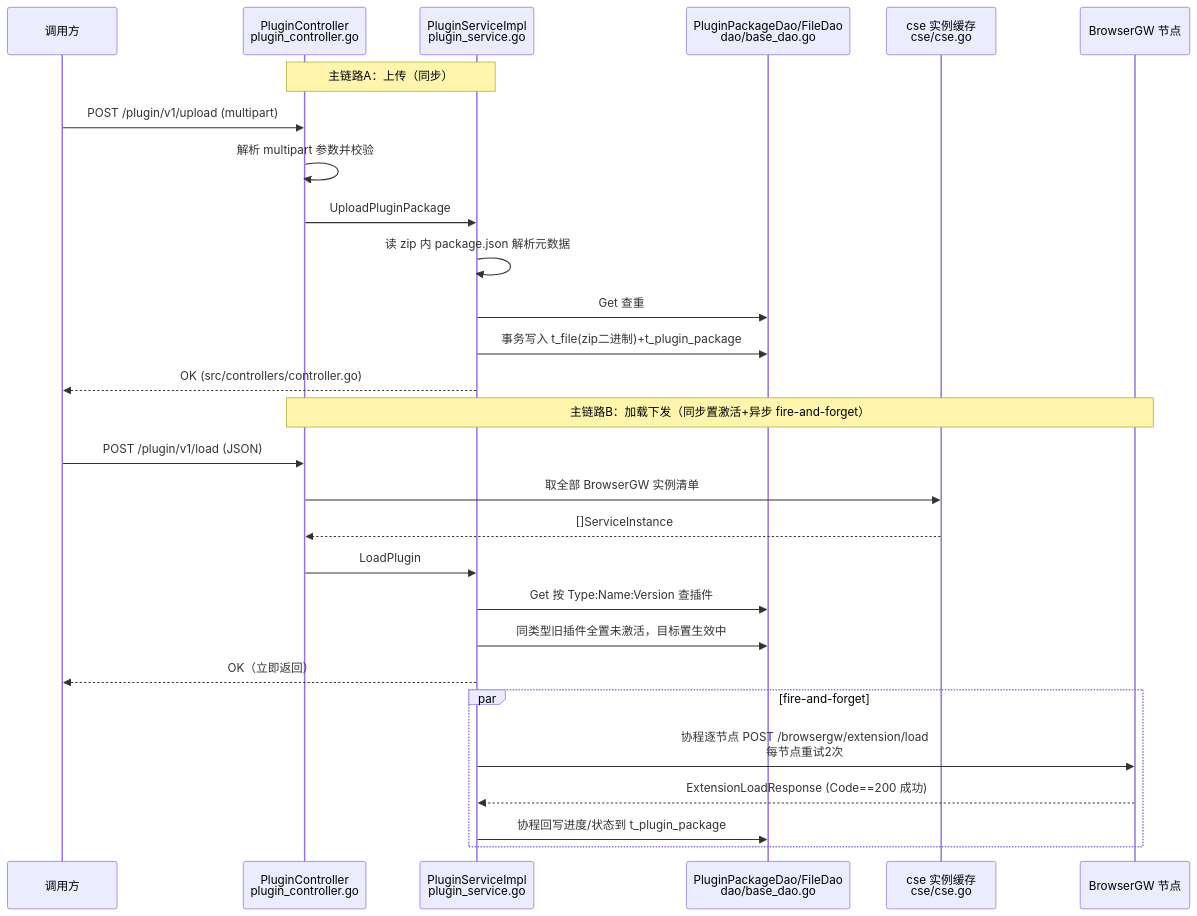
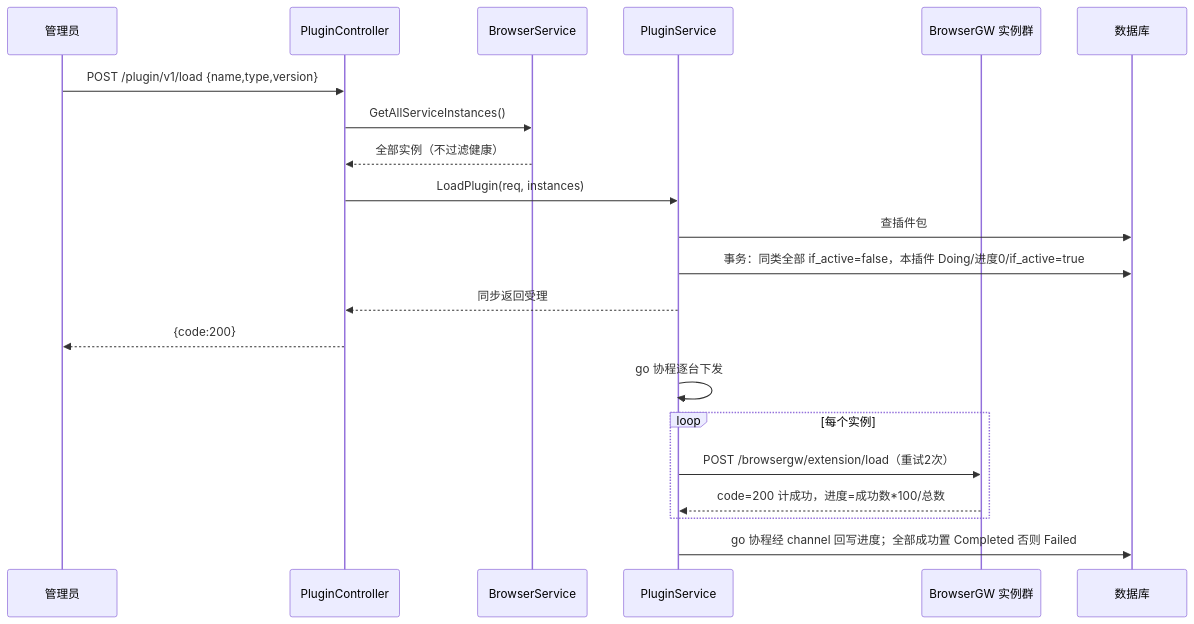
The fourth of 4 diagrams in docs/story/feature-plugin-manage.md (CoreGeekASTL/AIAction), drawn with Mermaid before and after one commit. The commit also changed other lines of this file and 6 other files, not shown here.

````diff
--- a/docs/story/feature-plugin-manage.md
+++ b/docs/story/feature-plugin-manage.md
@@ -132,32 +127,23 @@
 ```mermaid
 sequenceDiagram
-    participant Cli as 调用方
-    participant Ctl as PluginController<br/>plugin_controller.go
-    participant Svc as PluginServiceImpl<br/>plugin_service.go
-    participant Dao as PluginPackageDao/FileDao<br/>dao/base_dao.go
-    participant CSE as cse 实例缓存<br/>cse/cse.go
-    participant GW as BrowserGW 节点
-
-    Note over Ctl,Svc: 主链路A：上传（同步）
-    Cli->>Ctl: POST /plugin/v1/upload (multipart)
-    Ctl->>Ctl: 解析 multipart 参数并校验
-    Ctl->>Svc: UploadPluginPackage
-    Svc->>Svc: 读 zip 内 package.json 解析元数据
-    Svc->>Dao: Get 查重
-    Svc->>Dao: 事务写入 t_file(zip二进制)+t_plugin_package
-    Svc-->>Cli: OK (src/controllers/controller.go)
-
-    Note over Ctl,GW: 主链路B：加载下发（同步置激活+异步 fire-and-forget）
-    Cli->>Ctl: POST /plugin/v1/load (JSON)
-    Ctl->>CSE: 取全部 BrowserGW 实例清单
-    CSE-->>Ctl: []ServiceInstance
-    Ctl->>Svc: LoadPlugin
-    Svc->>Dao: Get 按 Type:Name:Version 查插件
-    Svc->>Dao: 同类型旧插件全置未激活，目标置生效中
-    Svc-->>Cli: OK（立即返回）
-    par fire-and-forget
-        Svc->>GW: 协程逐节点 POST /browsergw/extension/load<br/>每节点重试2次
-        GW-->>Svc: ExtensionLoadResponse (Code==200 成功)
-        Svc->>Dao: 协程回写进度/状态到 t_plugin_package
-    end
+  participant A as 管理员
+  participant PC as PluginController
+  participant BS as BrowserService
+  participant PS as PluginService
+  participant GW as BrowserGW 实例群
+  participant DB as 数据库
+  A->>PC: POST /plugin/v1/load {name,type,version}
+  PC->>BS: GetAllServiceInstances()
+  BS-->>PC: 全部实例（不过滤健康）
+  PC->>PS: LoadPlugin(req, instances)
+  PS->>DB: 查插件包
+  PS->>DB: 事务：同类全部 if_active=false，本插件 Doing/进度0/if_active=true
+  PS-->>PC: 同步返回受理
+  PC-->>A: {code:200}
+  PS->>PS: go 协程逐台下发
+  loop 每个实例
+    PS->>GW: POST /browsergw/extension/load（重试2次）
+    GW-->>PS: code=200 计成功，进度=成功数*100/总数
+  end
+  PS->>DB: go 协程经 channel 回写进度；全部成功置 Completed 否则 Failed
 ```
````
